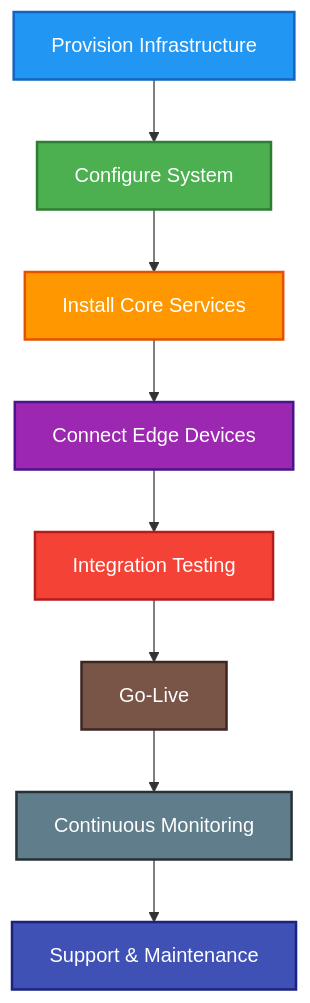
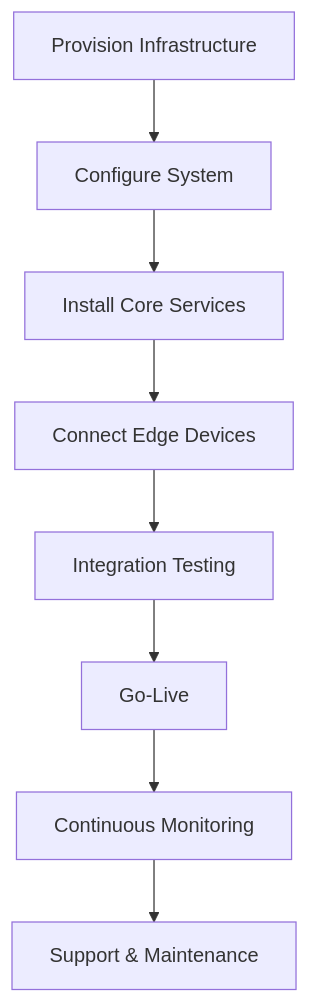
Before and after one commit to aitrenches/sorat: the second of 2 diagrams in docs/deployment.md, drawn with Mermaid. The commit also changed other lines of this file and 14 other files, not shown here.

````diff
--- a/docs/deployment.md
+++ b/docs/deployment.md
@@ -64,18 +48,10 @@
 ```mermaid
 graph TD
-    A[Provision Infrastructure] --> B[Configure System]
-    B --> C[Install Core Services]
-    C --> D[Connect Edge Devices]
-    D --> E[Integration Testing]
-    E --> F[Go-Live]
-    F --> G[Continuous Monitoring]
-    G --> H[Support & Maintenance]
-    style A fill:#2196F3,stroke:#1565C0,stroke-width:2px,color:#fff
-    style B fill:#4CAF50,stroke:#2E7D32,stroke-width:2px,color:#fff
-    style C fill:#FF9800,stroke:#E65100,stroke-width:2px,color:#fff
-    style D fill:#9C27B0,stroke:#4A148C,stroke-width:2px,color:#fff
-    style E fill:#F44336,stroke:#B71C1C,stroke-width:2px,color:#fff
-    style F fill:#795548,stroke:#3E2723,stroke-width:2px,color:#fff
-    style G fill:#607D8B,stroke:#263238,stroke-width:2px,color:#fff
-    style H fill:#3F51B5,stroke:#1A237E,stroke-width:2px,color:#fff
+    A["Provision Infrastructure"] --> B["Configure System"]
+    B --> C["Install Core Services"]
+    C --> D["Connect Edge Devices"]
+    D --> E["Integration Testing"]
+    E --> F["Go-Live"]
+    F --> G["Continuous Monitoring"]
+    G --> H["Support & Maintenance"]
 ```
````
